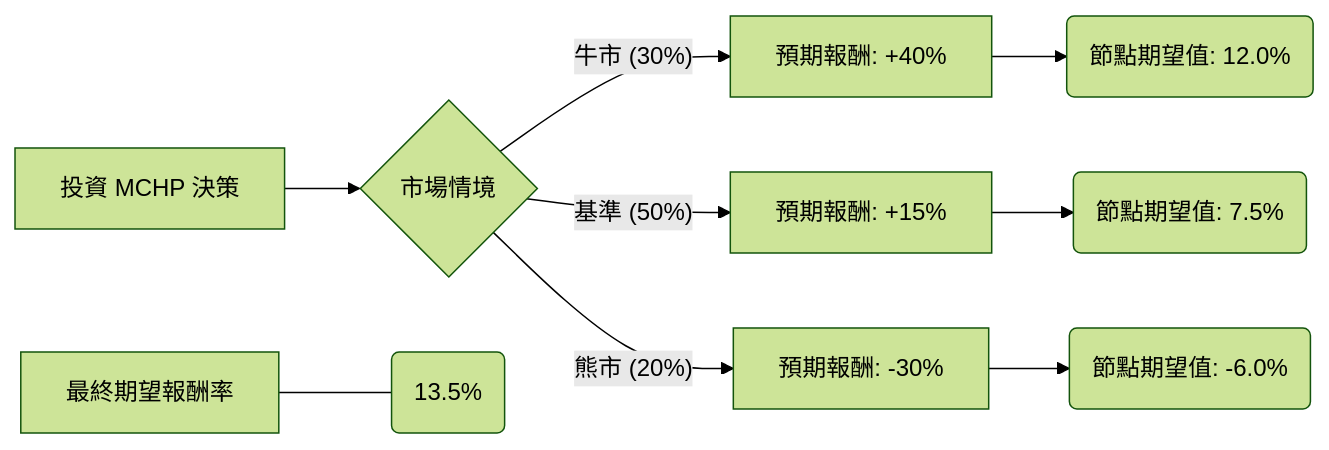
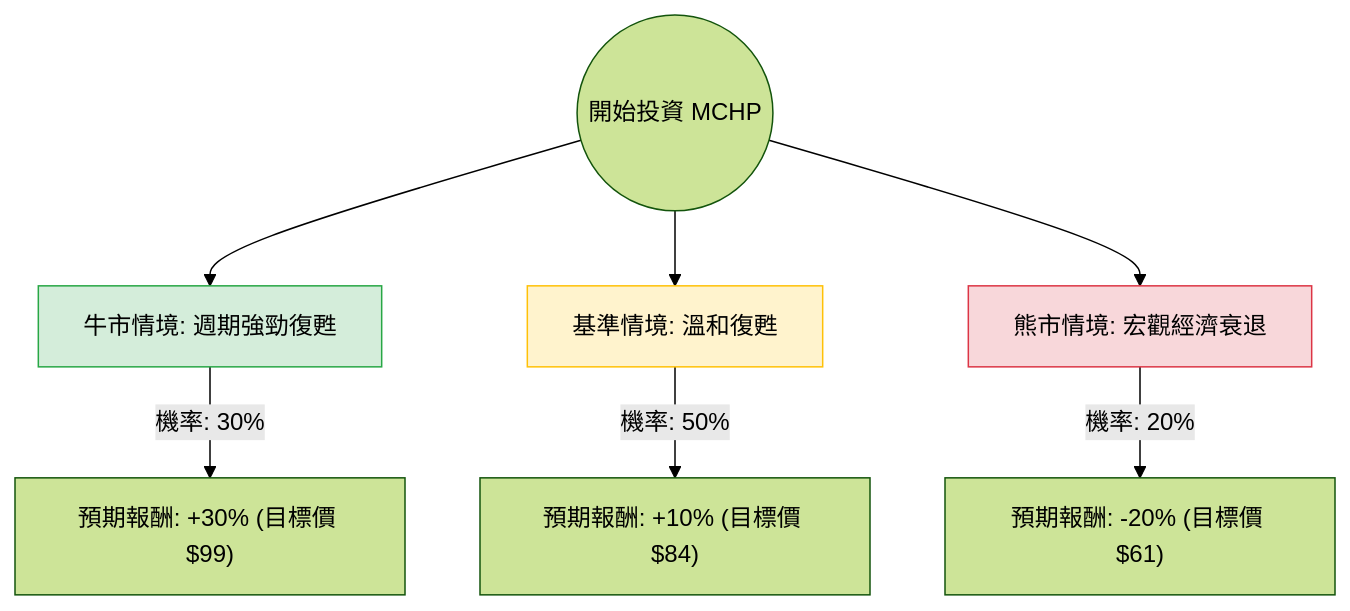
Before and after one commit to zmcx16/zmcx16.github.io: the diagram in plugin-react/ai-analysis/ev-analysis/MCHP.md, drawn with Mermaid (forest theme). The commit also changed other lines of this file and 77 other files, not shown here.

````diff
--- a/plugin-react/ai-analysis/ev-analysis/MCHP.md
+++ b/plugin-react/ai-analysis/ev-analysis/MCHP.md
@@ -24,14 +20,14 @@
 ```mermaid
-graph LR
-    A[投資 MCHP 決策] --> B{市場情境}
-    
-    B -- 牛市 (30%) --> C[預期報酬: +40%]
-    B -- 基準 (50%) --> D[預期報酬: +15%]
-    B -- 熊市 (20%) --> E[預期報酬: -30%]
+graph TD
+    Start((開始投資 MCHP)) --> Bull[牛市情境: 週期強勁復甦]
+    Start --> Base[基準情境: 溫和復甦]
+    Start --> Bear[熊市情境: 宏觀經濟衰退]
 
-    C --> F(節點期望值: 12.0%)
-    D --> G(節點期望值: 7.5%)
-    E --> H(節點期望值: -6.0%)
-    
-    I[最終期望報酬率] --- J(13.5%)
+    Bull -- "機率: 30%" --> BullResult["預期報酬: +30% (目標價 $99)"]
+    Base -- "機率: 50%" --> BaseResult["預期報酬: +10% (目標價 $84)"]
+    Bear -- "機率: 20%" --> BearResult["預期報酬: -20% (目標價 $61)"]
+
+    style Bull fill:#d4edda,stroke:#28a745
+    style Base fill:#fff3cd,stroke:#ffc107
+    style Bear fill:#f8d7da,stroke:#dc3545
 ```
````
